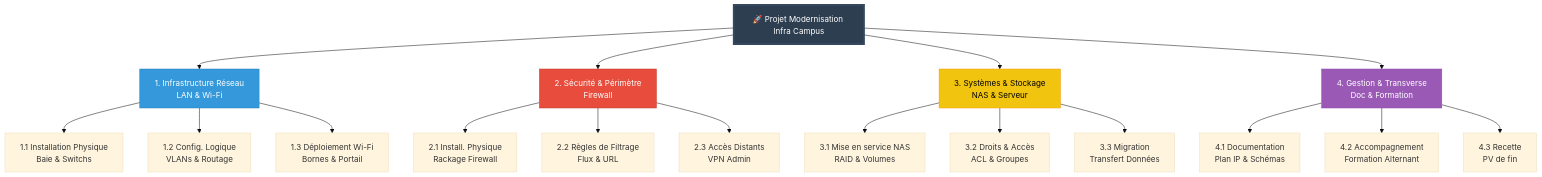
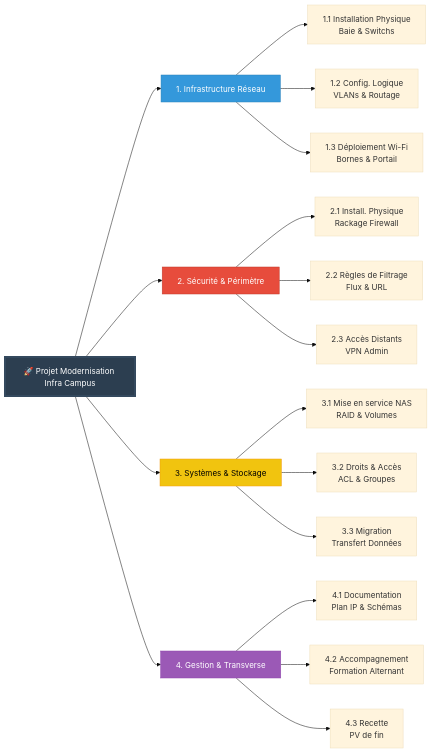
One commit to GitFreed/O-clock changed the diagram in challenges/Challenge_C102.md. Above: the diagram before and after it, drawn with Mermaid (base theme). The commit also changed other lines of this file and 1 other file, not shown here.

````diff
--- a/challenges/Challenge_C102.md
+++ b/challenges/Challenge_C102.md
@@ -19,44 +19,44 @@
 ```mermaid
-graph TD
+graph LR
     %% Le Projet Global
     Project[🚀 Projet Modernisation Infra Campus]
     
-    %% Les Grands Lots (Niveau 1)
-    Lot1[1. Infrastructure Réseau<br/>LAN & Wi-Fi]
-    Lot2[2. Sécurité & Périmètre<br/>Firewall]
-    Lot3[3. Systèmes & Stockage<br/>NAS & Serveur]
-    Lot4[4. Gestion & Transverse<br/>Doc & Formation]
+    %% Les Grands Lots
+    Lot1[1. Infrastructure Réseau]
+    Lot2[2. Sécurité & Périmètre]
+    Lot3[3. Systèmes & Stockage]
+    Lot4[4. Gestion & Transverse]
 
     %% Liaisons Projet -> Lots
     Project --> Lot1
     Project --> Lot2
     Project --> Lot3
     Project --> Lot4
 
     %% Tâches Lot 1 (Réseau)
     Lot1 --> L1T1[1.1 Installation Physique<br/>Baie & Switchs]
     Lot1 --> L1T2[1.2 Config. Logique<br/>VLANs & Routage]
     Lot1 --> L1T3[1.3 Déploiement Wi-Fi<br/>Bornes & Portail]
 
     %% Tâches Lot 2 (Sécurité)
     Lot2 --> L2T1[2.1 Install. Physique<br/>Rackage Firewall]
     Lot2 --> L2T2[2.2 Règles de Filtrage<br/>Flux & URL]
     Lot2 --> L2T3[2.3 Accès Distants<br/>VPN Admin]
 
     %% Tâches Lot 3 (Stockage)
     Lot3 --> L3T1[3.1 Mise en service NAS<br/>RAID & Volumes]
     Lot3 --> L3T2[3.2 Droits & Accès<br/>ACL & Groupes]
     Lot3 --> L3T3[3.3 Migration<br/>Transfert Données]
 
     %% Tâches Lot 4 (Transverse)
     Lot4 --> L4T1[4.1 Documentation<br/>Plan IP & Schémas]
     Lot4 --> L4T2[4.2 Accompagnement<br/>Formation Alternant]
     Lot4 --> L4T3[4.3 Recette<br/>PV de fin]
 
-    %% Styles (Optionnel pour faire joli)
+    %% Styles
     style Project fill:#2c3e50,stroke:#34495e,stroke-width:4px,color:#fff
     style Lot1 fill:#3498db,stroke:#2980b9,color:#fff
     style Lot2 fill:#e74c3c,stroke:#c0392b,color:#fff
     style Lot3 fill:#f1c40f,stroke:#f39c12,color:#000
     style Lot4 fill:#9b59b6,stroke:#8e44ad,color:#fff
 ```
````
